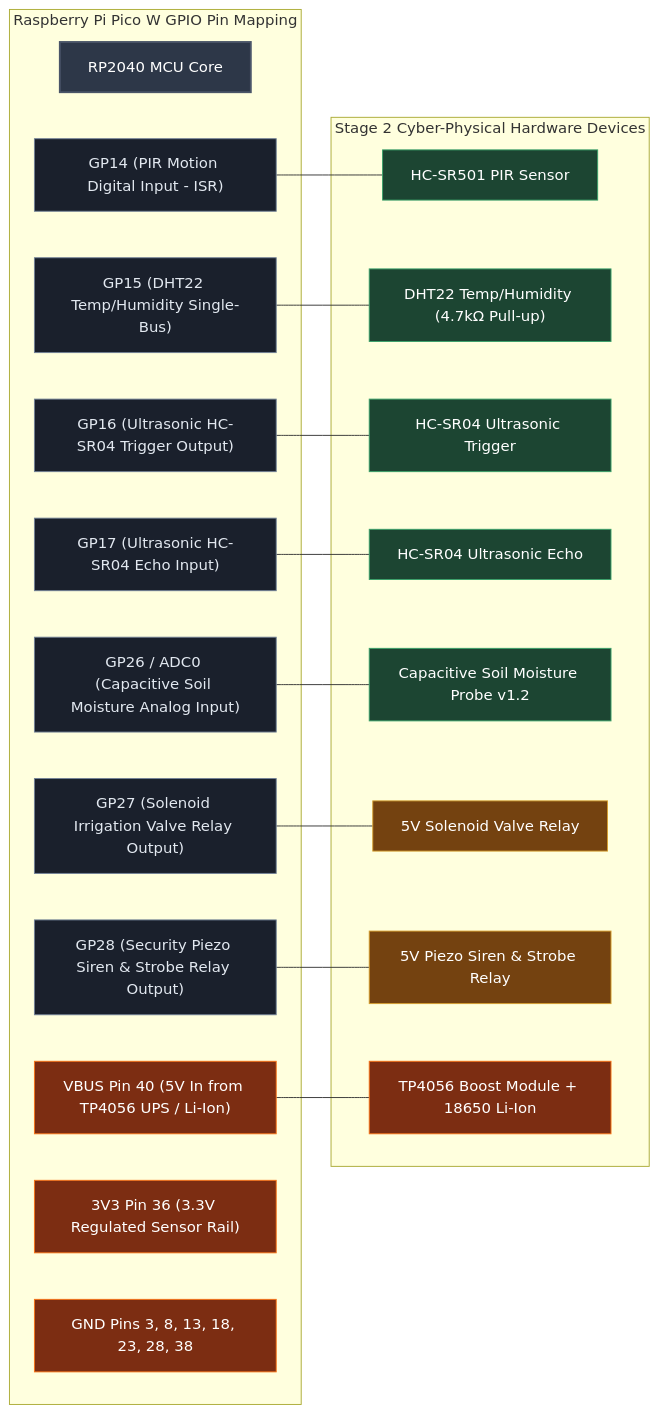
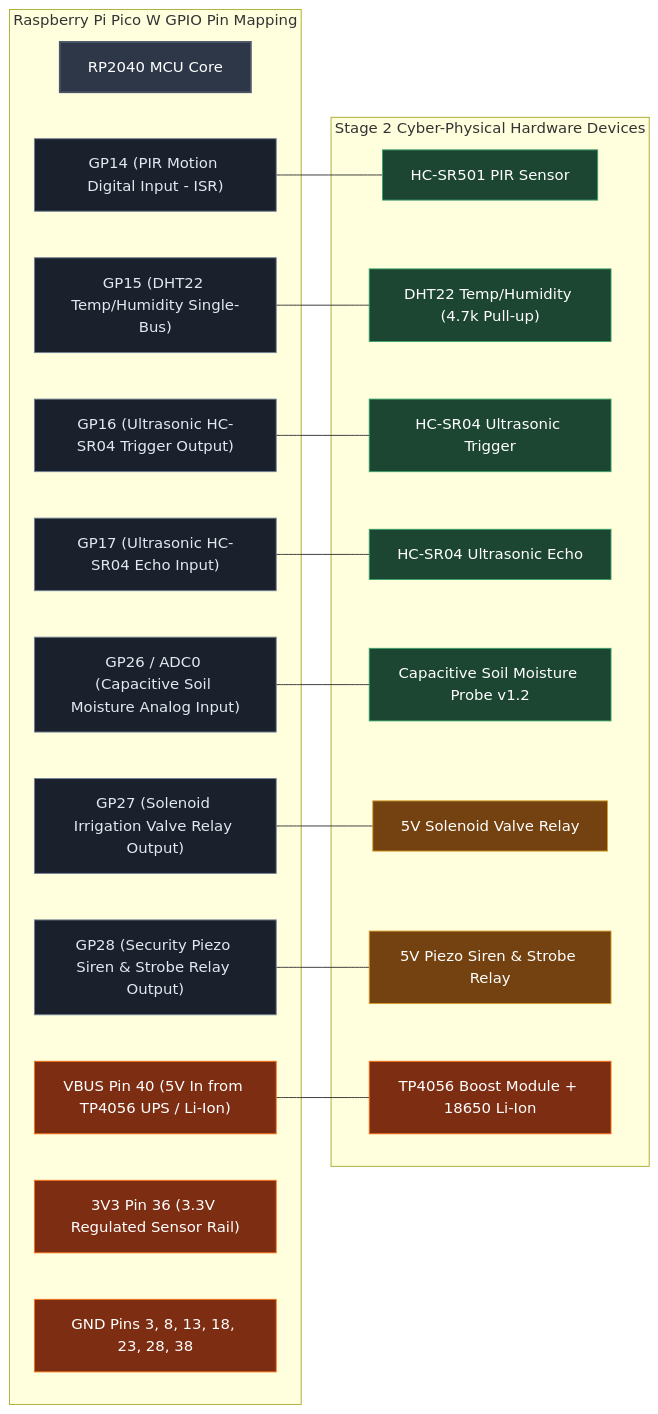
One commit to pmd742omni/2026-02-15-Sun-2055-Modular-Adaptive-Data-Node--MAD---Node--for-Dynamic-Value-Systems changed the third of 4 diagrams in 01_Documentation_and_Thesis/Chapters/2026-08-20 Thu 2111 Version 2026-08-20 Thu 2111/2026-08-20 2111 3.4 System Design.md. Above: the diagram before and after it, drawn with Mermaid. The commit also changed other lines of this file and 83 other files, not shown here.

````diff
--- a/01_Documentation_and_Thesis/Chapters/2026-08-20 Thu 2111 Version 2026-08-20 Thu 2111/2026-08-20 2111 3.4 System Design.md
+++ b/01_Documentation_and_Thesis/Chapters/2026-08-20 Thu 2111 Version 2026-08-20 Thu 2111/2026-08-20 2111 3.4 System Design.md
@@ -126,45 +137,45 @@
 ```mermaid
 graph LR
     %% Styling
     classDef picoStyle fill:#2d3748,stroke:#4a5568,stroke-width:2px,color:#fff;
     classDef pinStyle fill:#1a202c,stroke:#718096,stroke-width:1px,color:#e2e8f0;
     classDef sensorStyle fill:#1c4532,stroke:#38a169,stroke-width:1px,color:#fff;
     classDef actuatorStyle fill:#744210,stroke:#d69e2e,stroke-width:1px,color:#fff;
     classDef pwrStyle fill:#7c2d12,stroke:#f97316,stroke-width:1px,color:#fff;
 
     subgraph PicoPinout ["Raspberry Pi Pico W GPIO Pin Mapping"]
         Pico["RP2040 MCU Core"]:::picoStyle
 
         GP14["GP14 (PIR Motion Digital Input - ISR)"]:::pinStyle
         GP15["GP15 (DHT22 Temp/Humidity Single-Bus)"]:::pinStyle
         GP16["GP16 (Ultrasonic HC-SR04 Trigger Output)"]:::pinStyle
         GP17["GP17 (Ultrasonic HC-SR04 Echo Input)"]:::pinStyle
         GP26["GP26 / ADC0 (Capacitive Soil Moisture Analog Input)"]:::pinStyle
         GP27["GP27 (Solenoid Irrigation Valve Relay Output)"]:::pinStyle
         GP28["GP28 (Security Piezo Siren & Strobe Relay Output)"]:::pinStyle
         
         VBUS["VBUS Pin 40 (5V In from TP4056 UPS / Li-Ion)"]:::pwrStyle
         V3V3["3V3 Pin 36 (3.3V Regulated Sensor Rail)"]:::pwrStyle
         GND["GND Pins 3, 8, 13, 18, 23, 28, 38"]:::pwrStyle
     end
 
     subgraph Stage2Devices ["Stage 2 Cyber-Physical Hardware Devices"]
         PIR["HC-SR501 PIR Sensor"]:::sensorStyle
-        DHT["DHT22 Temp/Humidity (4.7kΩ Pull-up)"]:::sensorStyle
+        DHT["DHT22 Temp/Humidity (4.7k Pull-up)"]:::sensorStyle
         US_Trig["HC-SR04 Ultrasonic Trigger"]:::sensorStyle
         US_Echo["HC-SR04 Ultrasonic Echo"]:::sensorStyle
         SoilMoist["Capacitive Soil Moisture Probe v1.2"]:::sensorStyle
         RelayIrrig["5V Solenoid Valve Relay"]:::actuatorStyle
         RelaySiren["5V Piezo Siren & Strobe Relay"]:::actuatorStyle
         TP4056["TP4056 Boost Module + 18650 Li-Ion"]:::pwrStyle
     end
 
     GP14 --- PIR
     GP15 --- DHT
     GP16 --- US_Trig
     GP17 --- US_Echo
     GP26 --- SoilMoist
     GP27 --- RelayIrrig
     GP28 --- RelaySiren
     VBUS --- TP4056
 ```
````
